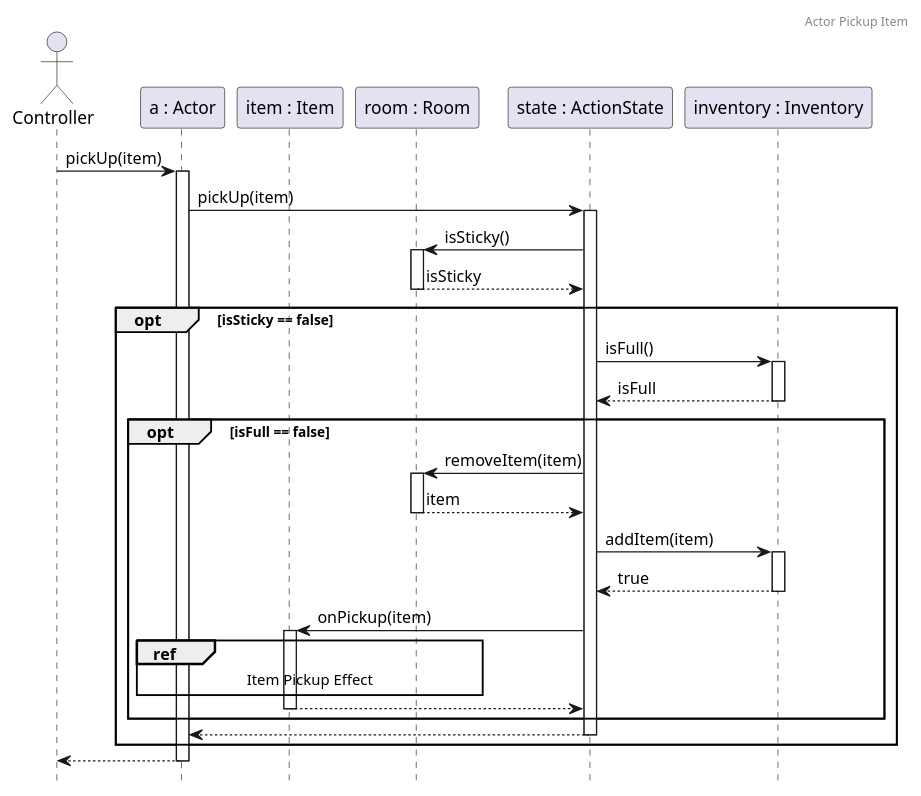
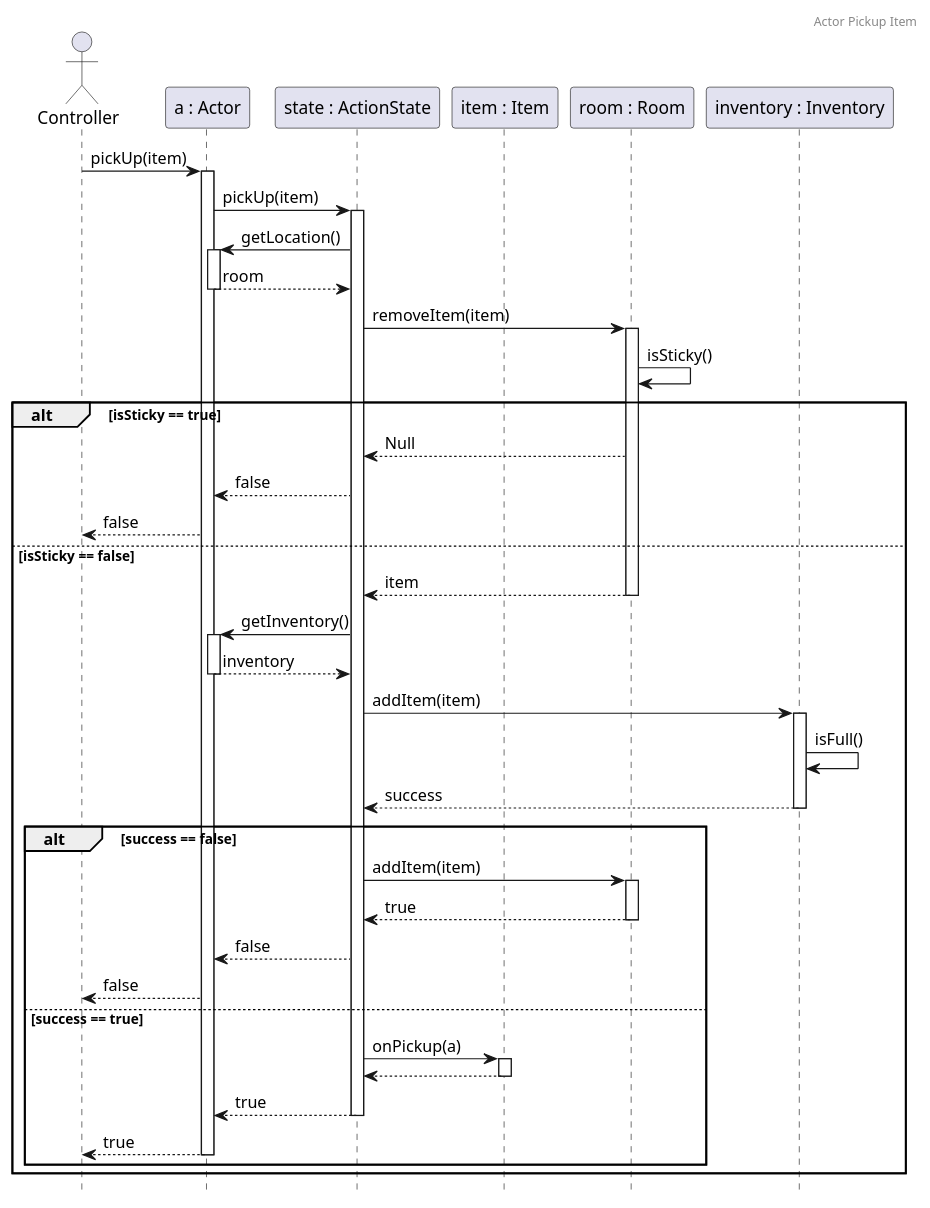
The diagram in docs/sequence/actor/ActorPickupItem.puml (Kristof-me/Logarlec), drawn with PlantUML before and after one commit. The commit also changed 7 other files, not shown here.

Commit message:
Checked Sequence 02-05

```diff
--- a/docs/sequence/actor/ActorPickupItem.puml
+++ b/docs/sequence/actor/ActorPickupItem.puml
@@ -1,36 +1,49 @@
 @startuml ActorPickupItem
 header Actor Pickup Item
 
 hide footbox
-autoactivate on
 
 actor A as "Controller"
 participant B as "a : Actor"
+participant C as "state : ActionState"
 participant D as "item : Item"
 participant E as "room : Room"
-participant C as "state : ActionState"
 participant I as "inventory : Inventory"
 
-A -> B : pickUp(item)
-B -> C : pickUp(item)
-C -> E : isSticky()
-return isSticky
-opt isSticky == false
-    C -> I : isFull()
-    return isFull
+A -> B ++: pickUp(item)
+B -> C ++: pickUp(item)
+C -> B ++: getLocation()
+return room
+C -> E ++: removeItem(item)
+E -> E : isSticky()
+alt isSticky == true
+    E --> C : Null 
+    C --> B : false
+    B --> A : false
+else isSticky == false
+    return item
+    C -> B ++ : getInventory()
+    return inventory
+    C -> I ++: addItem(item)
+    I -> I : isFull()
+    return success
 
-    opt isFull == false
-        C -> E : removeItem(item)
-        return item
-        C -> I : addItem(item)
+    alt success == false
+        C -> E ++: addItem(item)
         return true
-        C -> D : onPickup(item)
-        ref over B, D, E : Item Pickup Effect
+        C --> B : false
+        B --> A : false
+    else success == true
+        C -> D ++: onPickup(a)
         return
+        return true
+        return true
     end
+end
 
-    return
-end
-return
+/'
+Lehet ez így iszonyat komplikált, de így működik
+¯\_(ツ)_/¯
+'/
 
 @enduml
```
